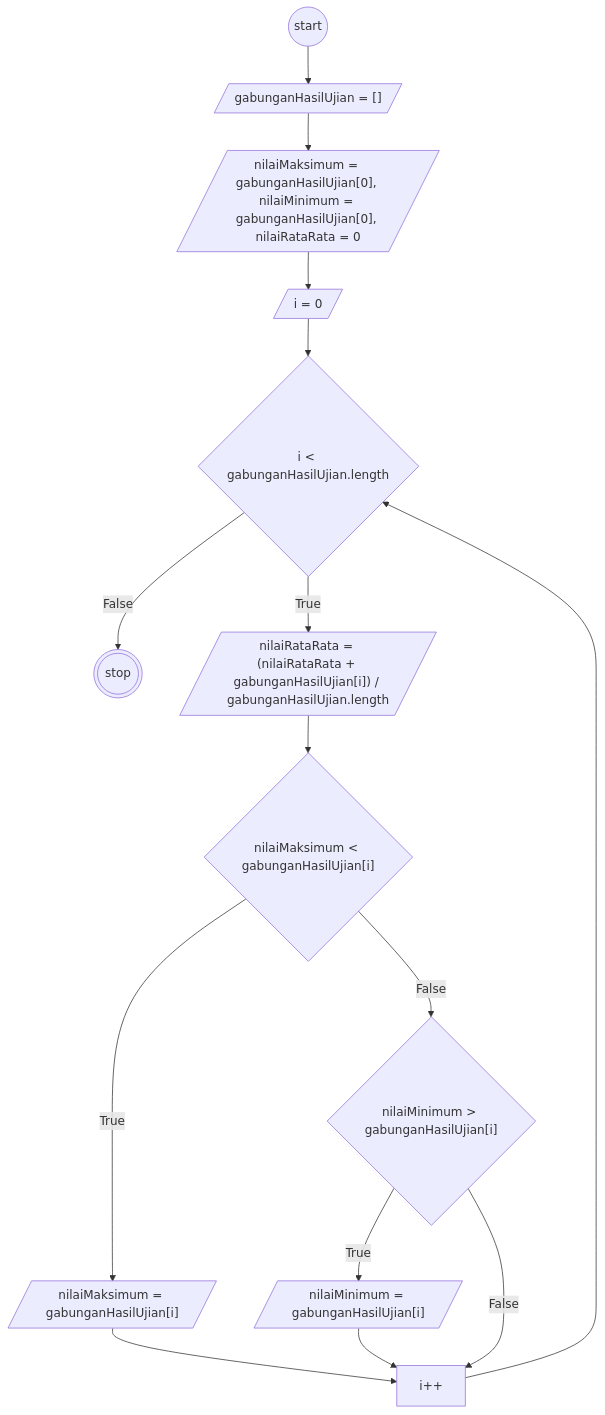
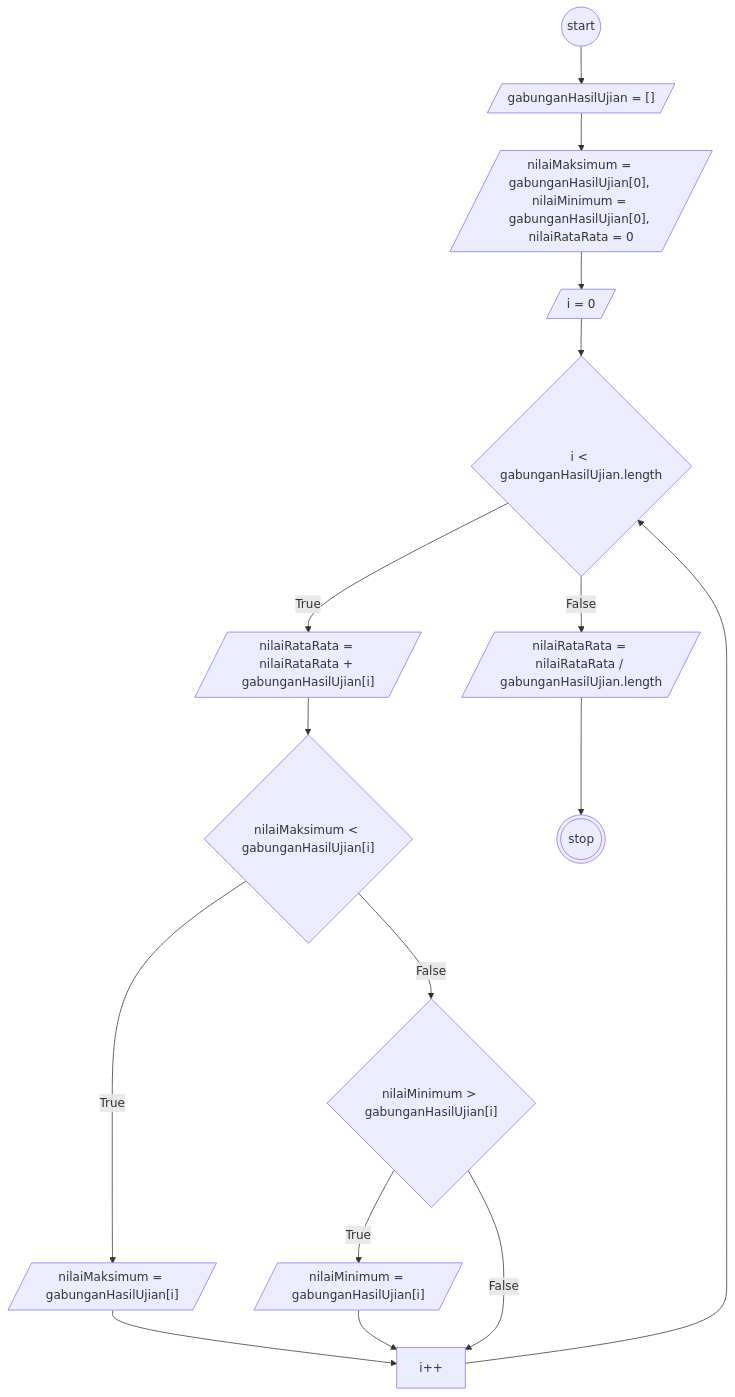
Before and after one commit to Arif14377/koda-b6-javascript2: the diagram in flowchart-nilai-maksimum-minimum-rata-rata.md, drawn with Mermaid.

````diff
--- a/flowchart-nilai-maksimum-minimum-rata-rata.md
+++ b/flowchart-nilai-maksimum-minimum-rata-rata.md
@@ -3,32 +3,33 @@
 ```mermaid
 flowchart TD
 start@{shape: circle, label: "start"}
 input@{shape: lean-r, label: "gabunganHasilUjian = []"}
 input2@{shape: lean-r, label: "nilaiMaksimum = gabunganHasilUjian[0], nilaiMinimum = gabunganHasilUjian[0], nilaiRataRata = 0"}
 initLoop@{shape: lean-r, label: "i = 0"}
 conditionLoop@{shape: diamond, label: "i < gabunganHasilUjian.length"}
 isNilaiMaksimumLower@{shape: diamond, label: "nilaiMaksimum < gabunganHasilUjian[i]"}
 nilaiMaksimum@{shape: lean-r, label: "nilaiMaksimum = gabunganHasilUjian[i]"}
 pengubah@{shape: rect, label: i++}
 stop@{shape: dbl-circ, label: "stop"}
 isNilaiMinimumBigger@{shape: diamond, label: "nilaiMinimum > gabunganHasilUjian[i]"}
 nilaiMinimum@{shape: lean-r, label: "nilaiMinimum = gabunganHasilUjian[i]"}
-nilaiRataRata@{shape: lean-r, label: "nilaiRataRata = (nilaiRataRata + gabunganHasilUjian[i]) / gabunganHasilUjian.length"}
-
+nilaiRataRata@{shape: lean-r, label: "nilaiRataRata = nilaiRataRata + gabunganHasilUjian[i]"}
+nilaiRataRata2@{shape: lean-r, label: "nilaiRataRata = nilaiRataRata / gabunganHasilUjian.length"}
 
 start-->input
 input-->input2
 input2-->initLoop
 initLoop-->conditionLoop
 conditionLoop--True-->nilaiRataRata
 nilaiRataRata-->isNilaiMaksimumLower
-conditionLoop--False-->stop
+conditionLoop--False-->nilaiRataRata2
+nilaiRataRata2-->stop
 isNilaiMaksimumLower--True-->nilaiMaksimum
 nilaiMaksimum-->pengubah
 pengubah-->conditionLoop
 isNilaiMaksimumLower--False-->isNilaiMinimumBigger
 isNilaiMinimumBigger--True-->nilaiMinimum
 nilaiMinimum-->pengubah
 isNilaiMinimumBigger--False-->pengubah
 
 ```
````
